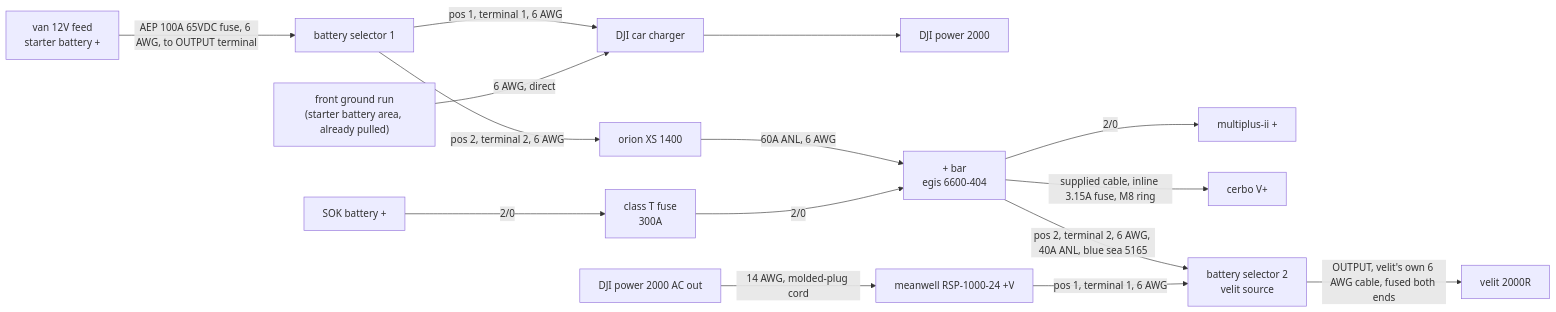
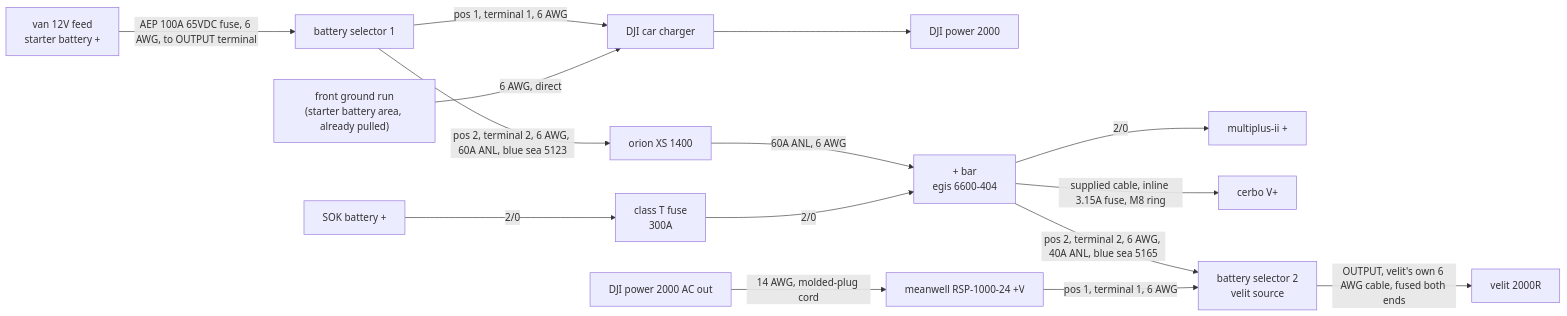
The third of 6 diagrams in electrical/PLAN.md (timit/vandalia), drawn with Mermaid before and after one commit. The commit also changed other lines of this file and 3 other files, not shown here.

````diff
--- a/electrical/PLAN.md
+++ b/electrical/PLAN.md
@@ -110,17 +110,17 @@
 ```mermaid
 flowchart LR
   vf["van 12V feed<br/>starter battery +"] -->|"AEP 100A 65VDC fuse, 6 AWG, to OUTPUT terminal"| s1["battery selector 1"]
   s1 -->|"pos 1, terminal 1, 6 AWG"| djic["DJI car charger"]
-  s1 -->|"pos 2, terminal 2, 6 AWG"| xs["orion XS 1400"]
+  s1 -->|"pos 2, terminal 2, 6 AWG, 60A ANL, blue sea 5123"| xs["orion XS 1400"]
   fgnd["front ground run<br/>(starter battery area, already pulled)"] -->|"6 AWG, direct"| djic
   djic --> djip["DJI power 2000"]
   xs -->|"60A ANL, 6 AWG"| pbar["+ bar<br/>egis 6600-404"]
   sok["SOK battery +"] -->|"2/0"| ct["class T fuse<br/>300A"]
   ct -->|"2/0"| pbar
   pbar -->|"2/0"| mp["multiplus-ii +"]
   pbar -->|"supplied cable, inline 3.15A fuse, M8 ring"| cerbo["cerbo V+"]
   pbar -->|"pos 2, terminal 2, 6 AWG, 40A ANL, blue sea 5165"| s2["battery selector 2<br/>velit source"]
   mw["meanwell RSP-1000-24 +V"] -->|"pos 1, terminal 1, 6 AWG"| s2
   djiout2["DJI power 2000 AC out"] -->|"14 AWG, molded-plug cord"| mw
   s2 -->|"OUTPUT, velit's own 6 AWG cable, fused both ends"| velit["velit 2000R"]
 ```
````
